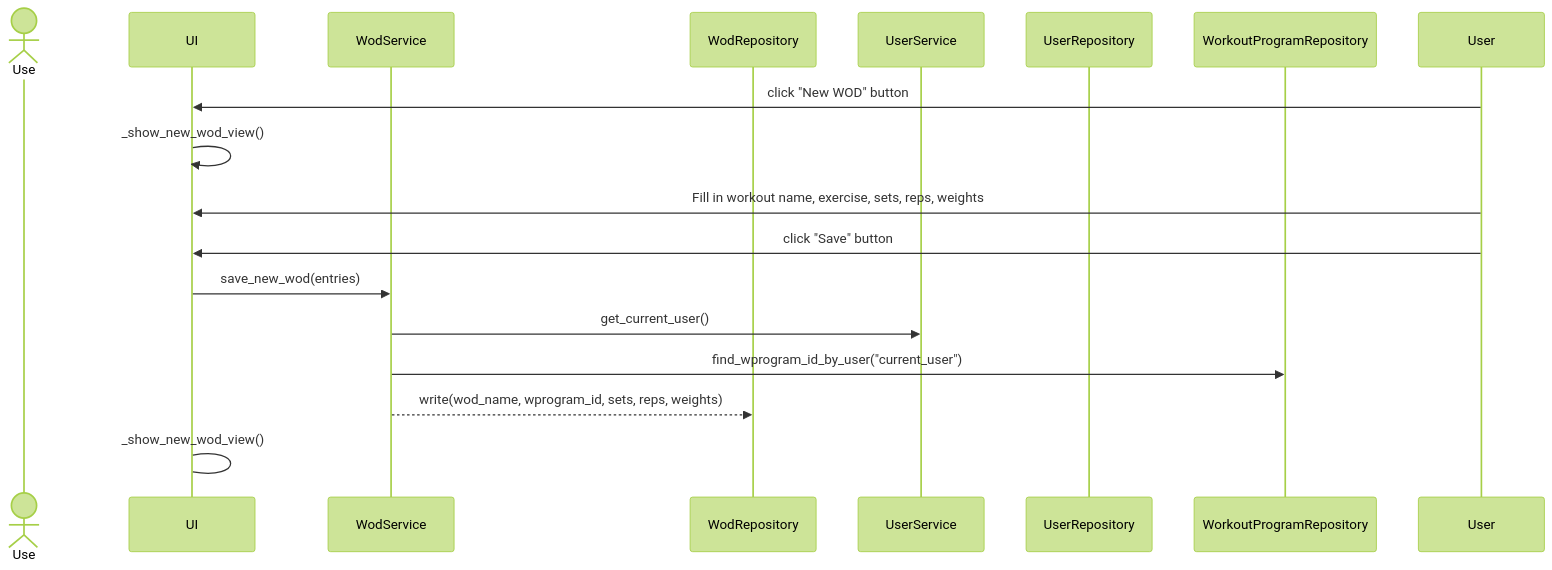
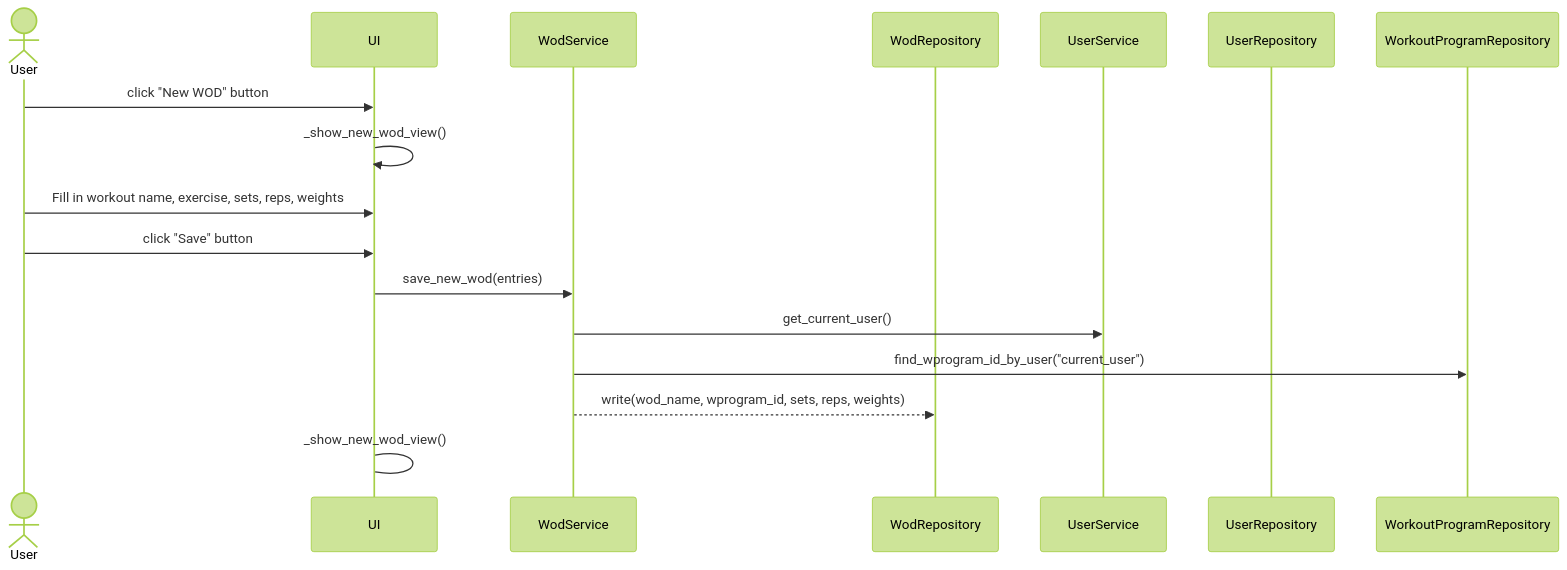
The third of 3 diagrams in dokumentaatio/arkkitehtuuri.md (anjovir/ot-harjoitustyo), drawn with Mermaid (forest theme) before and after one commit.

Commit message:
Fixed sequence diagram actor bug

````diff
--- a/dokumentaatio/arkkitehtuuri.md
+++ b/dokumentaatio/arkkitehtuuri.md
@@ -67,19 +67,19 @@
 ```mermaid
 sequenceDiagram
-  actor Use
+  actor User
   participant UI
   participant WodService
   participant WodRepository
   participant UserService
   participant UserRepository
   participant WorkoutProgramRepository
   User->>UI: click "New WOD" button
   UI->>UI: _show_new_wod_view()
   User->>UI: Fill in workout name, exercise, sets, reps, weights
   User->>UI: click "Save" button
   UI->>WodService: save_new_wod(entries)
   WodService->>UserService: get_current_user()
   WodService->>WorkoutProgramRepository: find_wprogram_id_by_user("current_user")
   WodService-->>WodRepository: write(wod_name, wprogram_id, sets, reps, weights)
   UI->UI: _show_new_wod_view()
   ```
````
